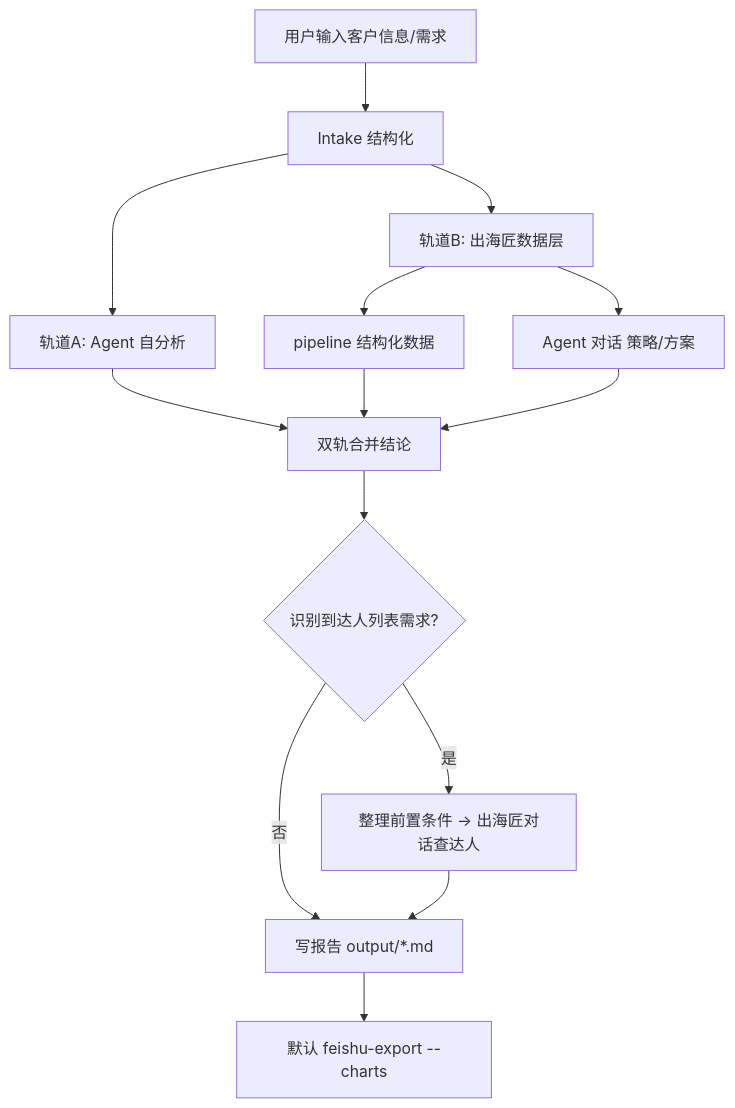
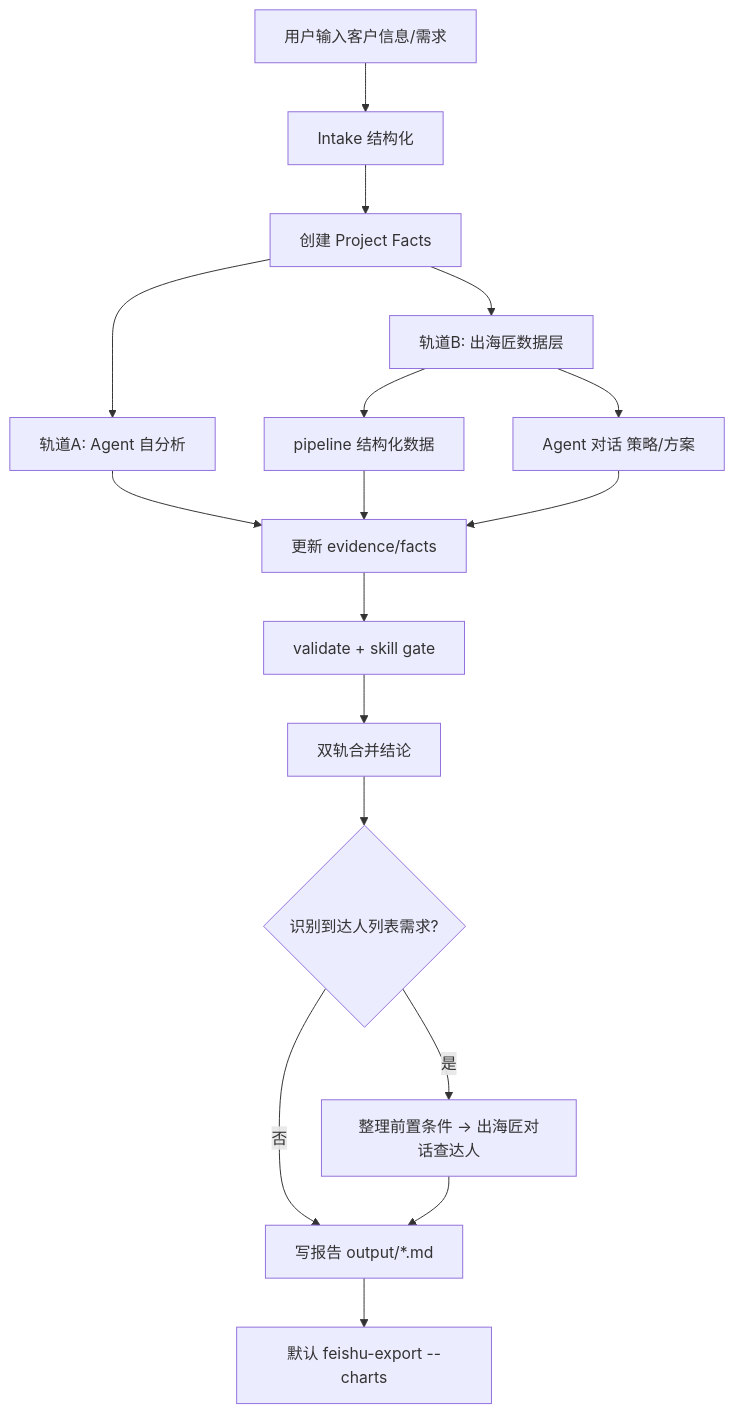
The diagram in skills/WORKFLOW-CLIENT-ANALYSIS.md (vidaudeveloper/market-agent), drawn with Mermaid before and after one commit. The commit also changed other lines of this file and 41 other files, not shown here.

First line of the commit message:
feat: Project Facts 统一事实包 + 出海匠结果自动回写

````diff
--- a/skills/WORKFLOW-CLIENT-ANALYSIS.md
+++ b/skills/WORKFLOW-CLIENT-ANALYSIS.md
@@ -10,16 +10,19 @@
 ```mermaid
 flowchart TD
   A[用户输入客户信息/需求] --> B[Intake 结构化]
-  B --> C[轨道A: Agent 自分析]
-  B --> D[轨道B: 出海匠数据层]
+    B --> PF[创建 Project Facts]
+    PF --> C[轨道A: Agent 自分析]
+    PF --> D[轨道B: 出海匠数据层]
   D --> D1[pipeline 结构化数据]
   D --> D2[Agent 对话 策略/方案]
-  C --> E[双轨合并结论]
-  D1 --> E
-  D2 --> E
+    C --> V[更新 evidence/facts]
+    D1 --> V
+    D2 --> V
+    V --> Q[validate + skill gate]
+    Q --> E[双轨合并结论]
   E --> F{识别到达人列表需求?}
   F -->|是| G[整理前置条件 → 出海匠对话查达人]
   F -->|否| H[写报告 output/*.md]
   G --> H
   H --> I[默认 feishu-export --charts]
 ```
````
